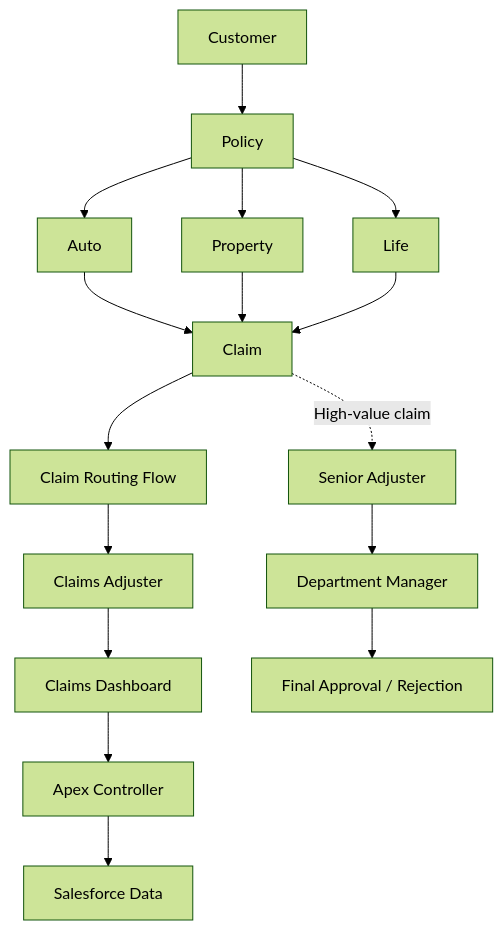
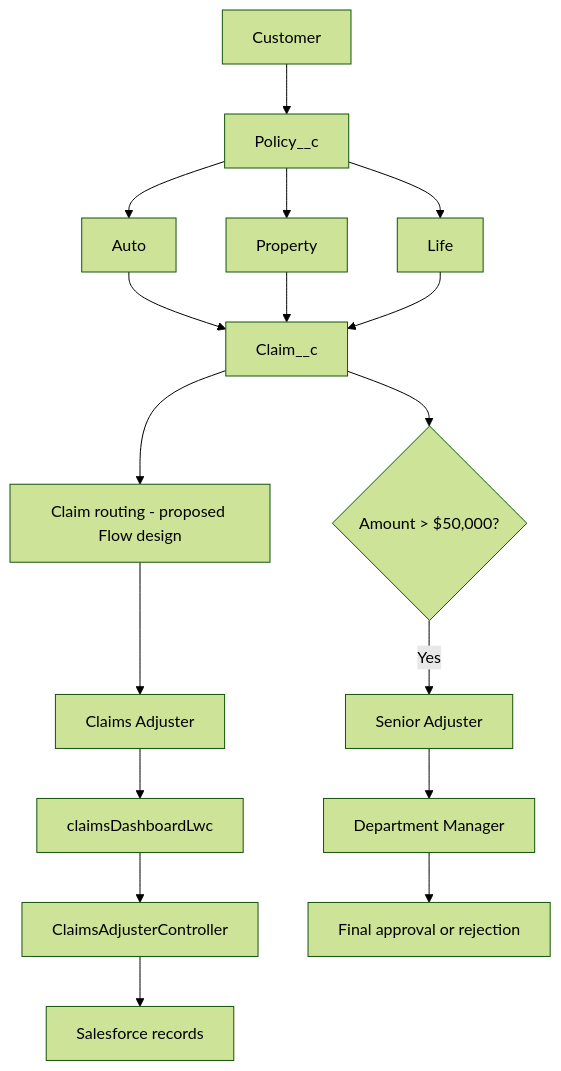
Before and after one commit to mrmaaridhanush57-design/Multiline-insurance-policy-resource: the diagram in docs/architecture.md, drawn with Mermaid (forest theme). The commit also changed other lines of this file and 82 other files, not shown here.

````diff
--- a/docs/architecture.md
+++ b/docs/architecture.md
@@ -7,18 +5,19 @@
 ```mermaid
 flowchart TD
-    Customer --> Policy
+    Customer --> Policy[Policy__c]
     Policy --> Auto
     Policy --> Property
     Policy --> Life
-    Auto --> Claim
+    Auto --> Claim[Claim__c]
     Property --> Claim
     Life --> Claim
-    Claim --> Routing[Claim Routing Flow]
-    Routing --> Adjuster[Claims Adjuster]
-    Adjuster --> Dashboard[Claims Dashboard]
-    Dashboard --> Controller[Apex Controller]
-    Controller --> Data[Salesforce Data]
-    Claim -. High-value claim .-> Senior[Senior Adjuster]
+    Claim --> Route[Claim routing - proposed Flow design]
+    Route --> Adjuster[Claims Adjuster]
+    Adjuster --> Dashboard[claimsDashboardLwc]
+    Dashboard --> Controller[ClaimsAdjusterController]
+    Controller --> Data[Salesforce records]
+    Claim --> Gate{Amount > $50,000?}
+    Gate -->|Yes| Senior[Senior Adjuster]
     Senior --> Manager[Department Manager]
-    Manager --> Decision[Final Approval / Rejection]
+    Manager --> Decision[Final approval or rejection]
 ```
````
